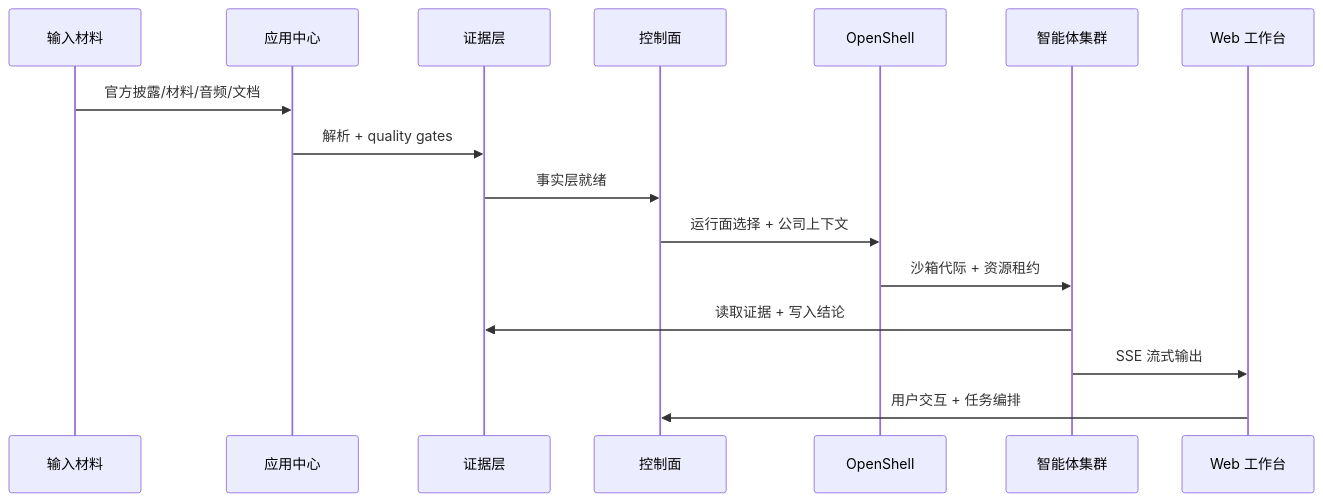
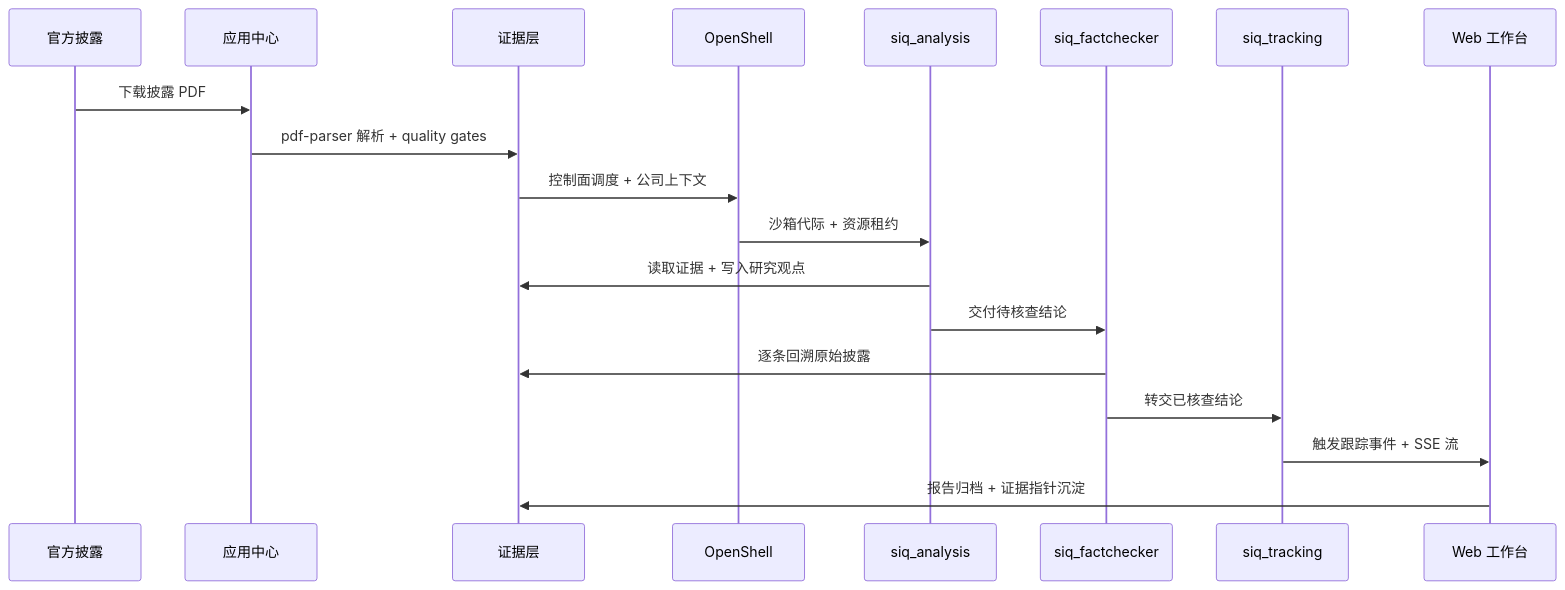
Before and after one commit to maoyadongsh/siq-research-engine: the third of 6 diagrams in docs/site/architecture/overview.md, drawn with Mermaid. The commit also changed other lines of this file and 2 other files, not shown here.

First line of the commit message:
docs: clarify market isolation and optimize architecture diagrams

````diff
--- a/docs/site/architecture/overview.md
+++ b/docs/site/architecture/overview.md
@@ -132,19 +190,22 @@
 ```mermaid
 sequenceDiagram
-    participant Input as 输入材料
+    participant Input as 官方披露
     participant App as 应用中心
-    participant Evidence as 证据层
-    participant Control as 控制面
+    participant Ev as 证据层
     participant Shell as OpenShell
-    participant Agent as 智能体集群
+    participant Ana as siq_analysis
+    participant Fact as siq_factchecker
+    participant Trk as siq_tracking
     participant Web as Web 工作台
 
-    Input->>App: 官方披露/材料/音频/文档
-    App->>Evidence: 解析 + quality gates
-    Evidence->>Control: 事实层就绪
-    Control->>Shell: 运行面选择 + 公司上下文
-    Shell->>Agent: 沙箱代际 + 资源租约
-    Agent->>Evidence: 读取证据 + 写入结论
-    Agent->>Web: SSE 流式输出
-    Web->>Control: 用户交互 + 任务编排
+    Input->>App: 下载披露 PDF
+    App->>Ev: pdf-parser 解析 + quality gates
+    Ev->>Shell: 控制面调度 + 公司上下文
+    Shell->>Ana: 沙箱代际 + 资源租约
+    Ana->>Ev: 读取证据 + 写入研究观点
+    Ana->>Fact: 交付待核查结论
+    Fact->>Ev: 逐条回溯原始披露
+    Fact->>Trk: 转交已核查结论
+    Trk->>Web: 触发跟踪事件 + SSE 流
+    Web->>Ev: 报告归档 + 证据指针沉淀
 ```
````
